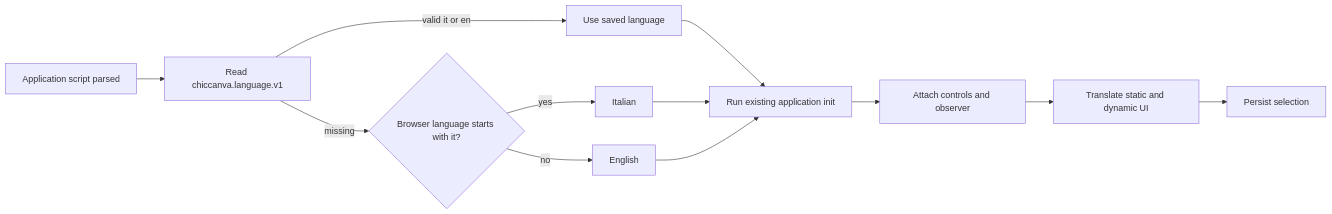
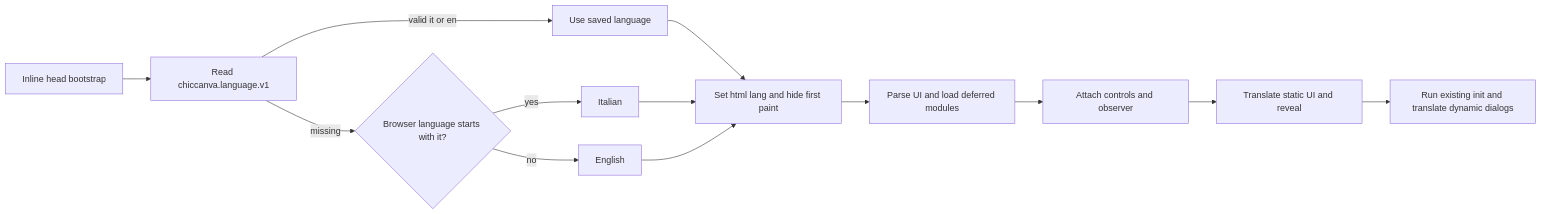
One commit to n3me5is-git/chicCanva changed the diagram in docs/LOCALIZATION.md. Above: the diagram before and after it, drawn with Mermaid. The commit also changed other lines of this file and 30 other files, not shown here.

````diff
--- a/docs/LOCALIZATION.md
+++ b/docs/LOCALIZATION.md
@@ -7,14 +7,15 @@
 ```mermaid
 flowchart LR
-    A[Application script parsed] --> B[Read chiccanva.language.v1]
+    A[Inline head bootstrap] --> B[Read chiccanva.language.v1]
     B -->|valid it or en| C[Use saved language]
     B -->|missing| D{Browser language starts with it?}
     D -->|yes| E[Italian]
     D -->|no| F[English]
-    C --> G[Run existing application init]
+    C --> G[Set html lang and hide first paint]
     E --> G
     F --> G
-    G --> H[Attach controls and observer]
-    H --> I[Translate static and dynamic UI]
-    I --> J[Persist selection]
+    G --> H[Parse UI and load deferred modules]
+    H --> I[Attach controls and observer]
+    I --> J[Translate static UI and reveal]
+    J --> K[Run existing init and translate dynamic dialogs]
 ```
````
